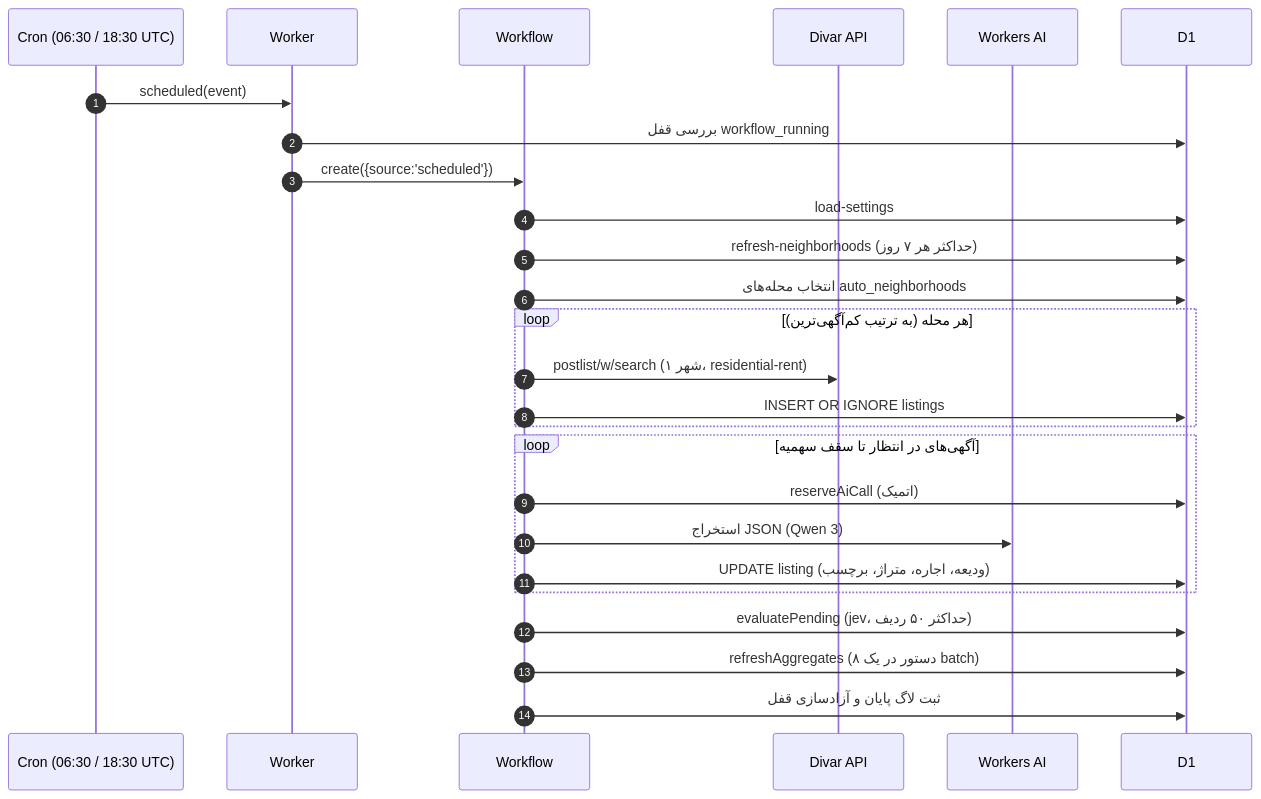
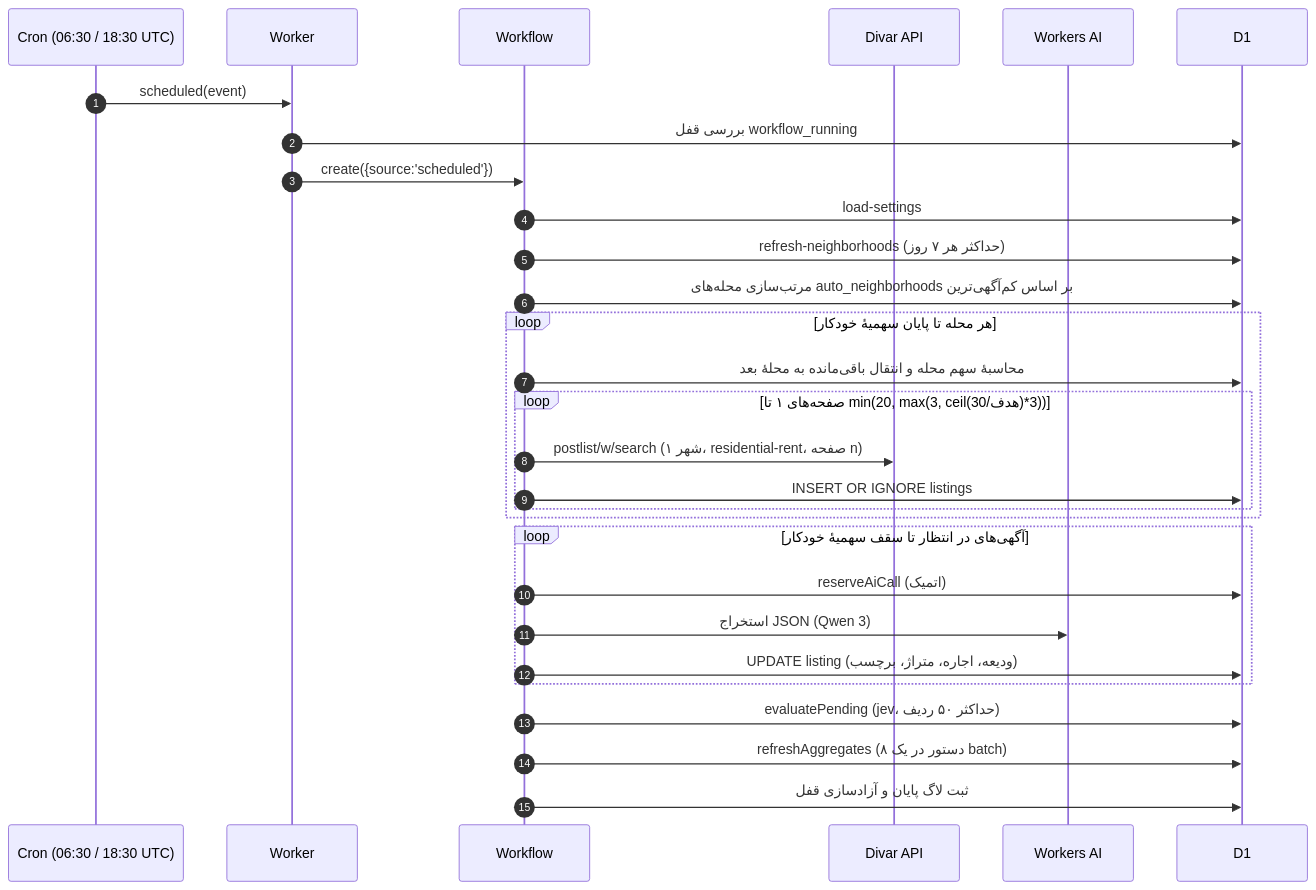
Before and after one commit to f4r6d/divar-housing-finder: the second of 5 diagrams in README.md, drawn with Mermaid. The commit also changed other lines of this file and 8 other files, not shown here.

First line of the commit message:
Fix manual fetch flow and align docs with behavior

````diff
--- a/README.md
+++ b/README.md
@@ -392,29 +361,32 @@
 ```mermaid
 sequenceDiagram
     autonumber
     participant C as Cron (06:30 / 18:30 UTC)
     participant W as Worker
     participant WF as Workflow
     participant D as Divar API
     participant AI as Workers AI
     participant DB as D1
 
     C->>W: scheduled(event)
     W->>DB: بررسی قفل workflow_running
     W->>WF: create({source:'scheduled'})
     WF->>DB: load-settings
     WF->>DB: refresh-neighborhoods (حداکثر هر ۷ روز)
-    WF->>DB: انتخاب محله‌های auto_neighborhoods
-    loop هر محله (به ترتیب کم‌آگهی‌ترین)
-        WF->>D: postlist/w/search (شهر ۱، residential-rent)
-        WF->>DB: INSERT OR IGNORE listings
+    WF->>DB: مرتب‌سازی محله‌های auto_neighborhoods بر اساس کم‌آگهی‌ترین
+    loop هر محله تا پایان سهمیهٔ خودکار
+        WF->>DB: محاسبهٔ سهم محله و انتقال باقی‌مانده به محلهٔ بعد
+        loop صفحه‌های ۱ تا min(20, max(3, ceil(هدف/30)*3))
+            WF->>D: postlist/w/search (شهر ۱، residential-rent، صفحه n)
+            WF->>DB: INSERT OR IGNORE listings
+        end
     end
-    loop آگهی‌های در انتظار تا سقف سهمیه
+    loop آگهی‌های در انتظار تا سقف سهمیهٔ خودکار
         WF->>DB: reserveAiCall (اتمیک)
         WF->>AI: استخراج JSON (Qwen 3)
         WF->>DB: UPDATE listing (ودیعه، اجاره، متراژ، برچسب)
     end
     WF->>DB: evaluatePending (jev، حداکثر ۵۰ ردیف)
     WF->>DB: refreshAggregates (۸ دستور در یک batch)
     WF->>DB: ثبت لاگ پایان و آزادسازی قفل
 ```
````
